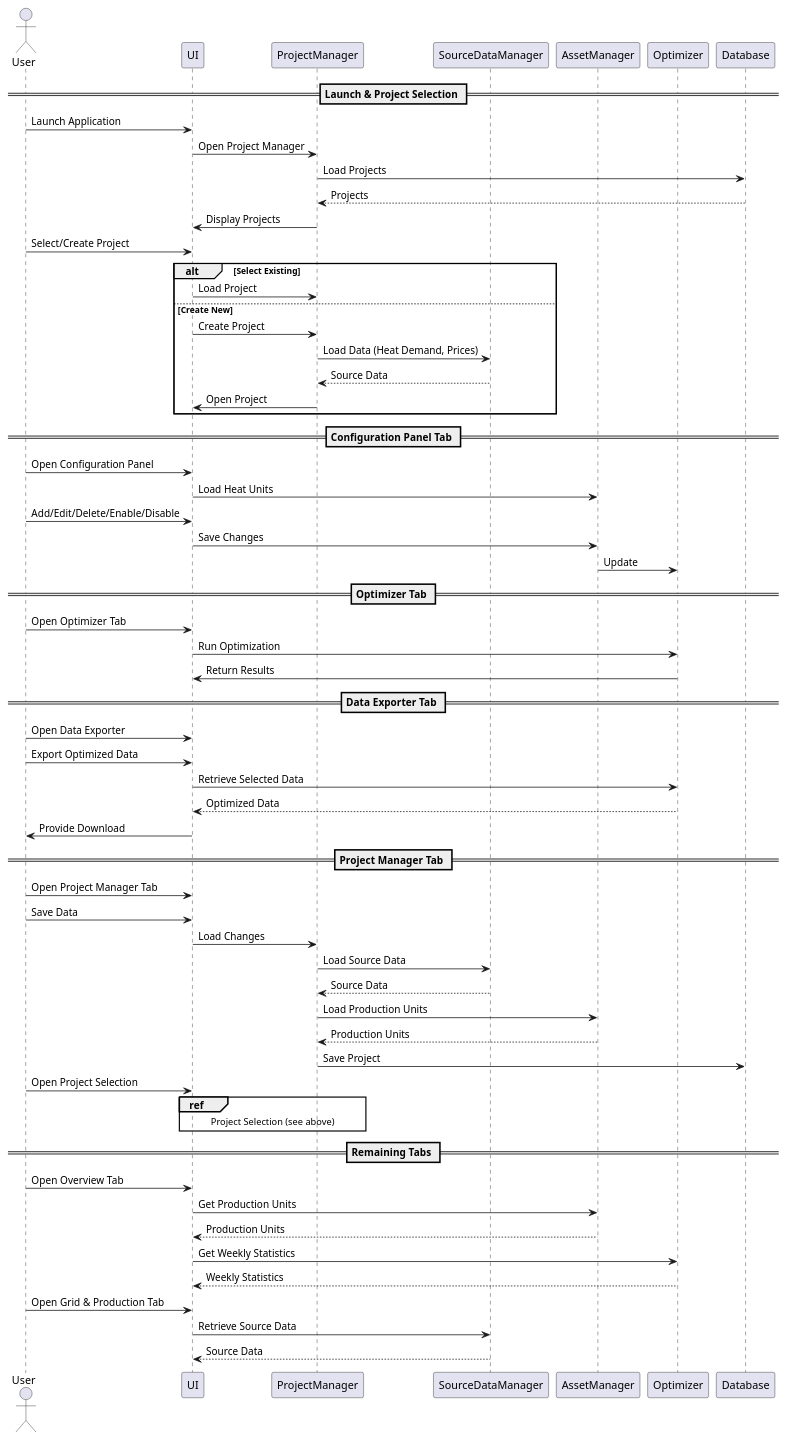
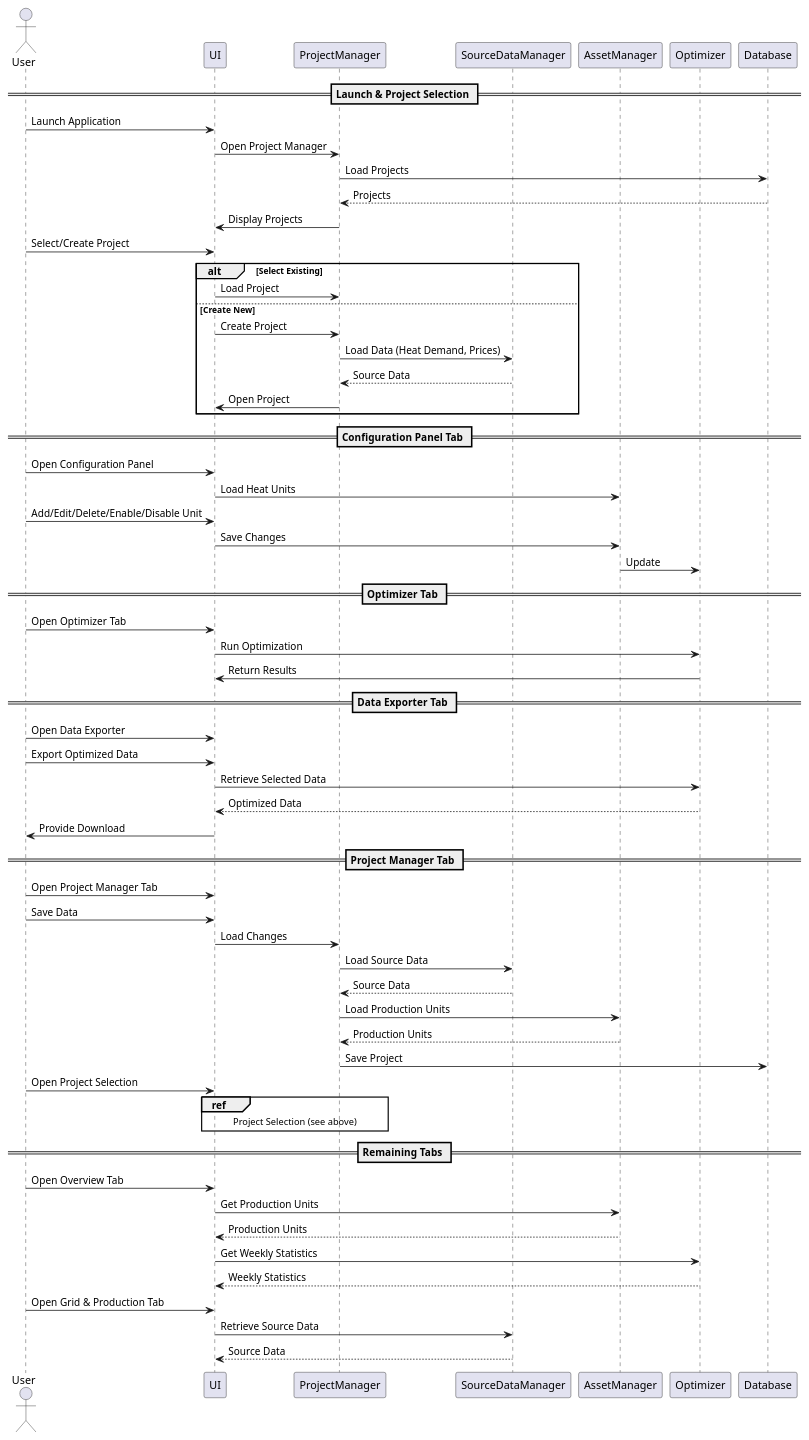
The diagram in docs/diagrams/out/sequence.puml (SDU-Project-group-2025-2nd-semester/semester-project), drawn with PlantUML before and after one commit.

```diff
--- a/docs/diagrams/out/sequence.puml
+++ b/docs/diagrams/out/sequence.puml
@@ -1,67 +1,67 @@
 @startuml
 actor User
 participant UI
 participant ProjectManager
 participant SourceDataManager
 participant AssetManager
 participant Optimizer
 participant Database
 
 == Launch & Project Selection ==
 User -> UI : Launch Application
 UI -> ProjectManager : Open Project Manager
 ProjectManager -> Database: Load Projects
 Database --> ProjectManager : Projects
 ProjectManager -> UI : Display Projects
 User -> UI : Select/Create Project
 alt Select Existing
   UI -> ProjectManager : Load Project
 else Create New
   UI -> ProjectManager : Create Project
   ProjectManager -> SourceDataManager : Load Data (Heat Demand, Prices)
   SourceDataManager --> ProjectManager : Source Data
   ProjectManager -> UI :  Open Project
 end
 
 == Configuration Panel Tab ==
 User -> UI : Open Configuration Panel
 UI -> AssetManager : Load Heat Units
 
-User -> UI : Add/Edit/Delete/Enable/Disable 
+User -> UI : Add/Edit/Delete/Enable/Disable Unit
 UI -> AssetManager : Save Changes
 AssetManager -> Optimizer : Update
 
 == Optimizer Tab ==
 User -> UI : Open Optimizer Tab
 UI -> Optimizer : Run Optimization
 Optimizer -> UI : Return Results
 
 == Data Exporter Tab ==
 User -> UI : Open Data Exporter
 User -> UI : Export Optimized Data
 UI -> Optimizer : Retrieve Selected Data
 Optimizer --> UI : Optimized Data
 UI -> User : Provide Download 
 
 == Project Manager Tab ==
 User -> UI : Open Project Manager Tab
 User -> UI : Save Data
 UI -> ProjectManager : Load Changes
 ProjectManager -> SourceDataManager : Load Source Data
 SourceDataManager --> ProjectManager : Source Data
 ProjectManager -> AssetManager : Load Production Units
 AssetManager --> ProjectManager : Production Units
 ProjectManager -> Database : Save Project
 User -> UI : Open Project Selection
 ref over UI, ProjectManager : Project Selection (see above)
 
 == Remaining Tabs ==
 User -> UI : Open Overview Tab
 UI -> AssetManager : Get Production Units
 AssetManager --> UI : Production Units
 UI -> Optimizer : Get Weekly Statistics
 Optimizer --> UI : Weekly Statistics
 User -> UI : Open Grid & Production Tab
 UI -> SourceDataManager : Retrieve Source Data
 SourceDataManager --> UI : Source Data
 @enduml
```
